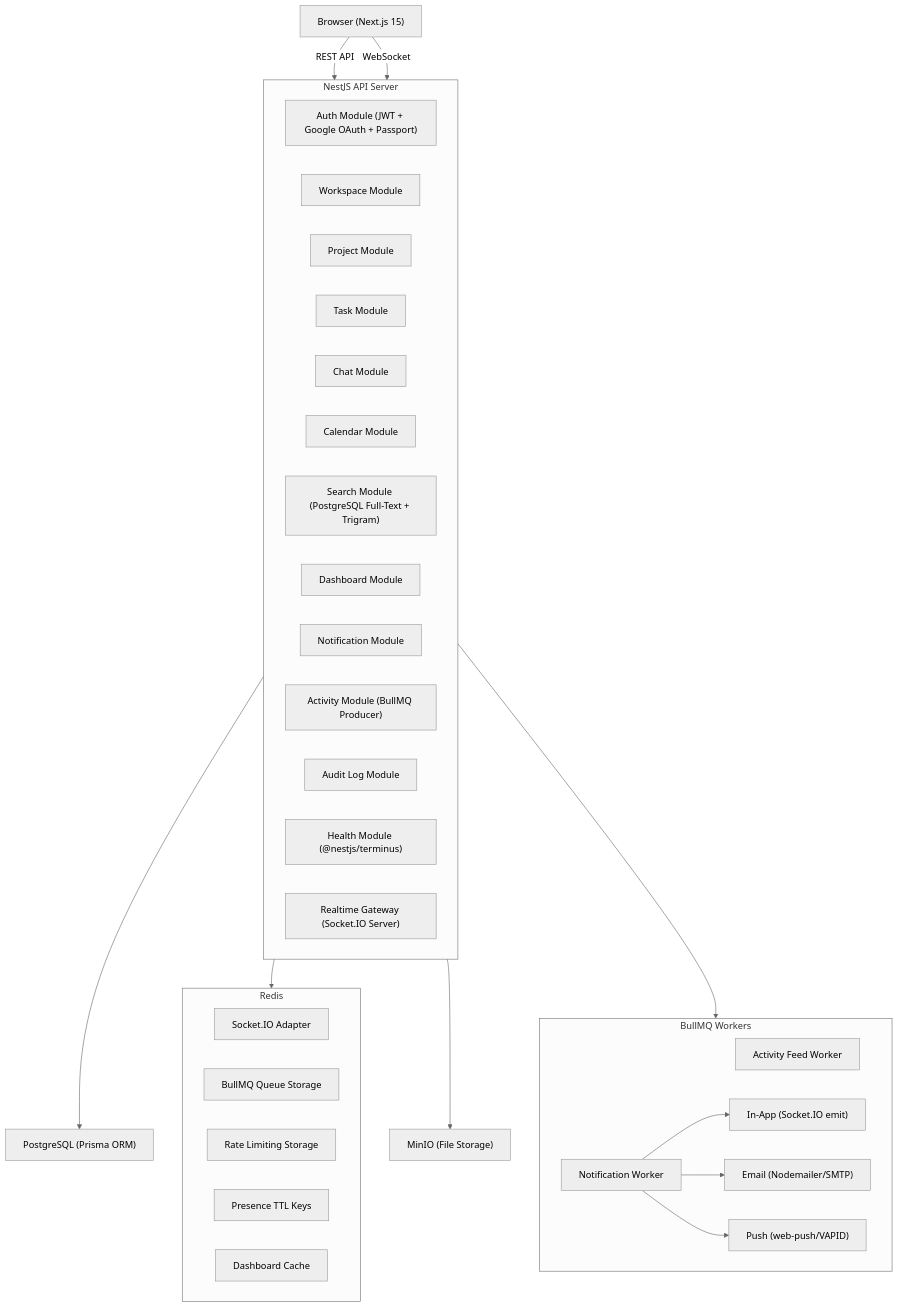
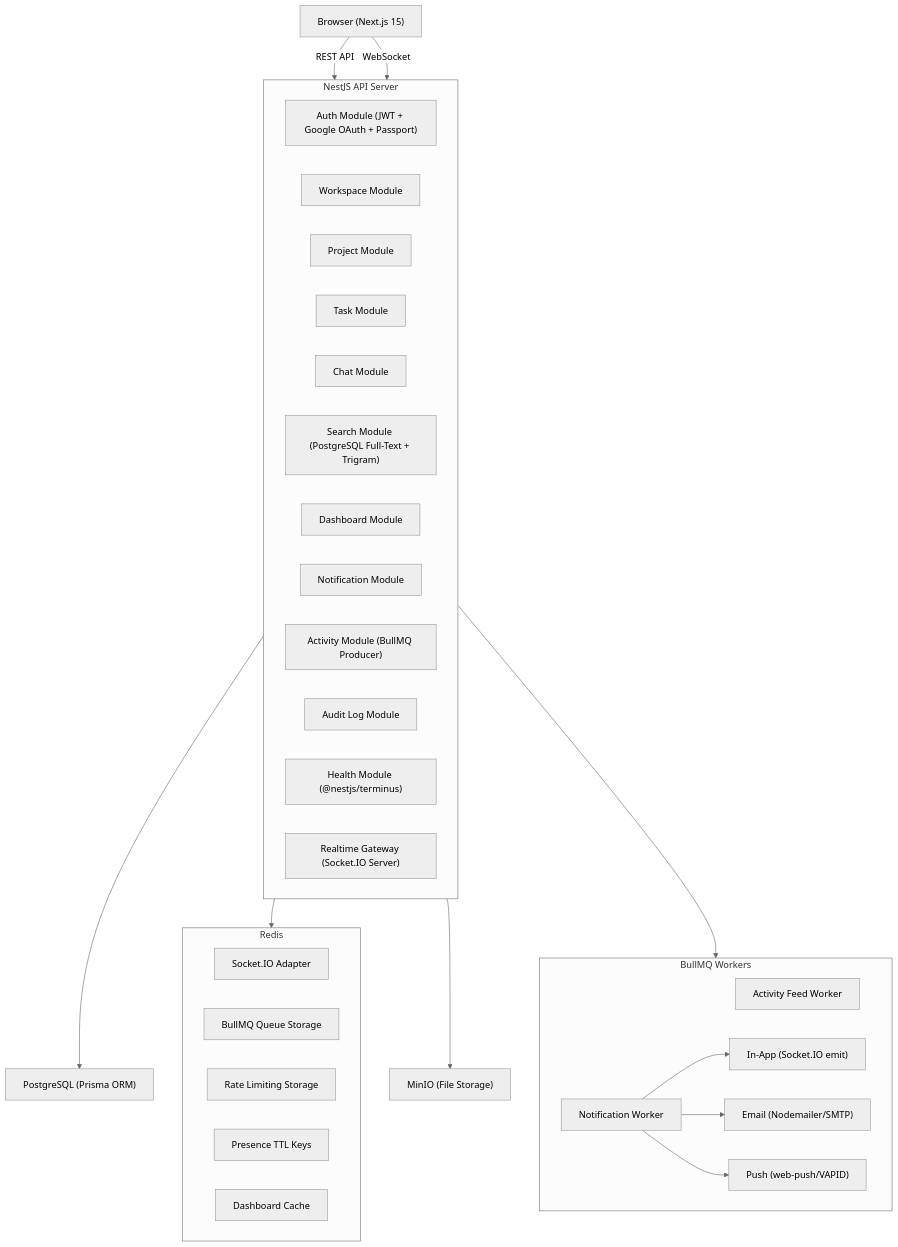
The first of 3 diagrams in docs/architecture/system-architecture.md (Nits0303/TaskTracker), drawn with Mermaid (neutral theme) before and after one commit. The commit also changed other lines of this file and 19 other files, not shown here.

Commit message:
feat: implement core task tracking features including notification DTOs, workload services, and database schema updates

````diff
--- a/docs/architecture/system-architecture.md
+++ b/docs/architecture/system-architecture.md
@@ -8,57 +8,56 @@
 ```mermaid
 graph TD
 
     classDef frontend fill:#3b82f6,stroke:#1d4ed8,color:#fff
     classDef backend fill:#8b5cf6,stroke:#6d28d9,color:#fff
     classDef database fill:#10b981,stroke:#059669,color:#fff
     classDef queue fill:#f59e0b,stroke:#d97706,color:#fff
     classDef cache fill:#ef4444,stroke:#dc2626,color:#fff
     classDef storage fill:#6b7280,stroke:#4b5563,color:#fff
 
     class Browser,Web frontend
-    class API,Auth,Workspace,Project,Task,Chat,Calendar,Search,Dashboard,Notification,Activity,AuditLog,Health,Gateway,Api,Nest backend
+    class API,Auth,Workspace,Project,Task,Chat,Search,Dashboard,Notification,Activity,AuditLog,Health,Gateway,Api,Nest backend
     class PostgreSQL,Pg,DbWrite database
     class Redis,SocketAdapter,RateLimit,Presence,Cache cache
     class BullStorage,BullMQWorkers,ActivityWorker,NotifWorker,Queue queue
     class MinIO,Minio storage
     Browser["Browser (Next.js 15)"]
     Browser -->|REST API| API["NestJS API Server"]
     Browser -->|WebSocket| API
     
     subgraph API ["NestJS API Server"]
         Auth["Auth Module (JWT + Google OAuth + Passport)"]
         Workspace["Workspace Module"]
         Project["Project Module"]
         Task["Task Module"]
         Chat["Chat Module"]
-        Calendar["Calendar Module"]
         Search["Search Module (PostgreSQL Full-Text + Trigram)"]
         Dashboard["Dashboard Module"]
         Notification["Notification Module"]
         Activity["Activity Module (BullMQ Producer)"]
         AuditLog["Audit Log Module"]
         Health["Health Module (@nestjs/terminus)"]
         Gateway["Realtime Gateway (Socket.IO Server)"]
     end
     
     API --> PostgreSQL["PostgreSQL (Prisma ORM)"]
     API --> Redis["Redis (ioredis)"]
     API --> MinIO["MinIO (File Storage)"]
     API --> BullMQWorkers["BullMQ Workers"]
     
     subgraph Redis ["Redis"]
         SocketAdapter["Socket.IO Adapter"]
         BullStorage["BullMQ Queue Storage"]
         RateLimit["Rate Limiting Storage"]
         Presence["Presence TTL Keys"]
         Cache["Dashboard Cache"]
     end
     
     subgraph BullMQWorkers ["BullMQ Workers"]
         ActivityWorker["Activity Feed Worker"]
         NotifWorker["Notification Worker"]
         NotifWorker --> InApp["In-App (Socket.IO emit)"]
         NotifWorker --> Email["Email (Nodemailer/SMTP)"]
         NotifWorker --> Push["Push (web-push/VAPID)"]
     end
 ```
````
